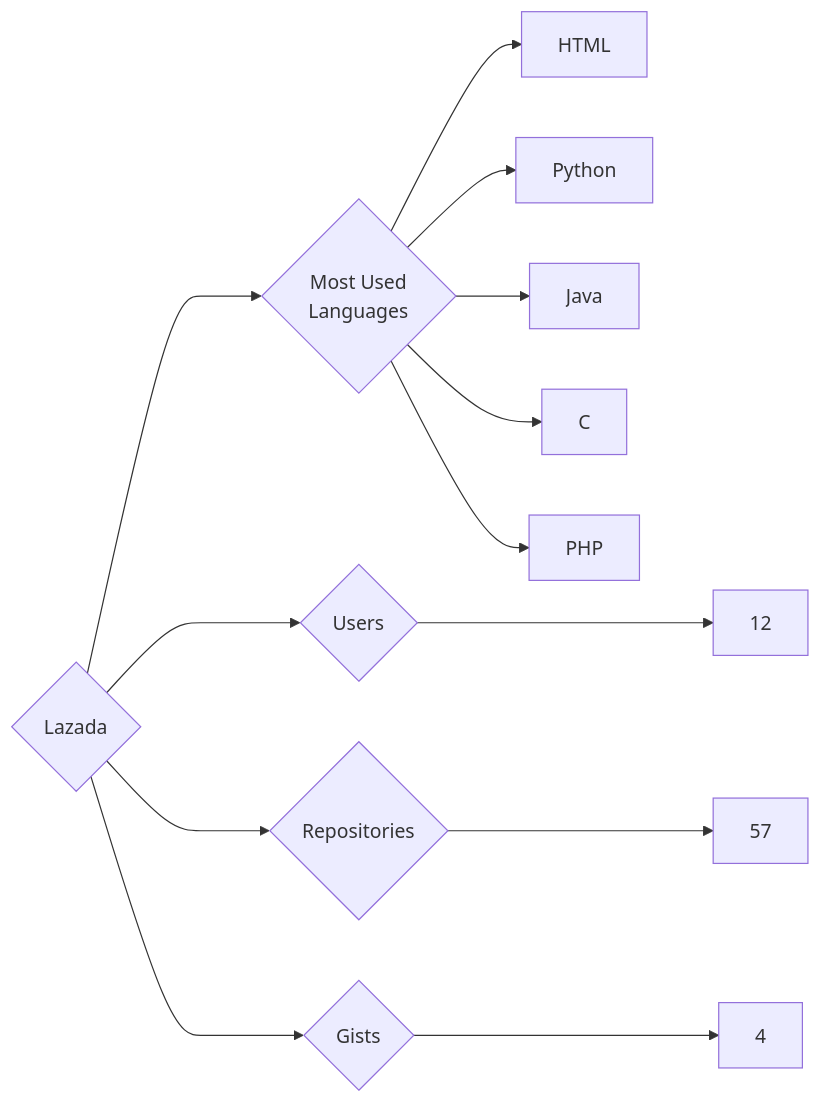
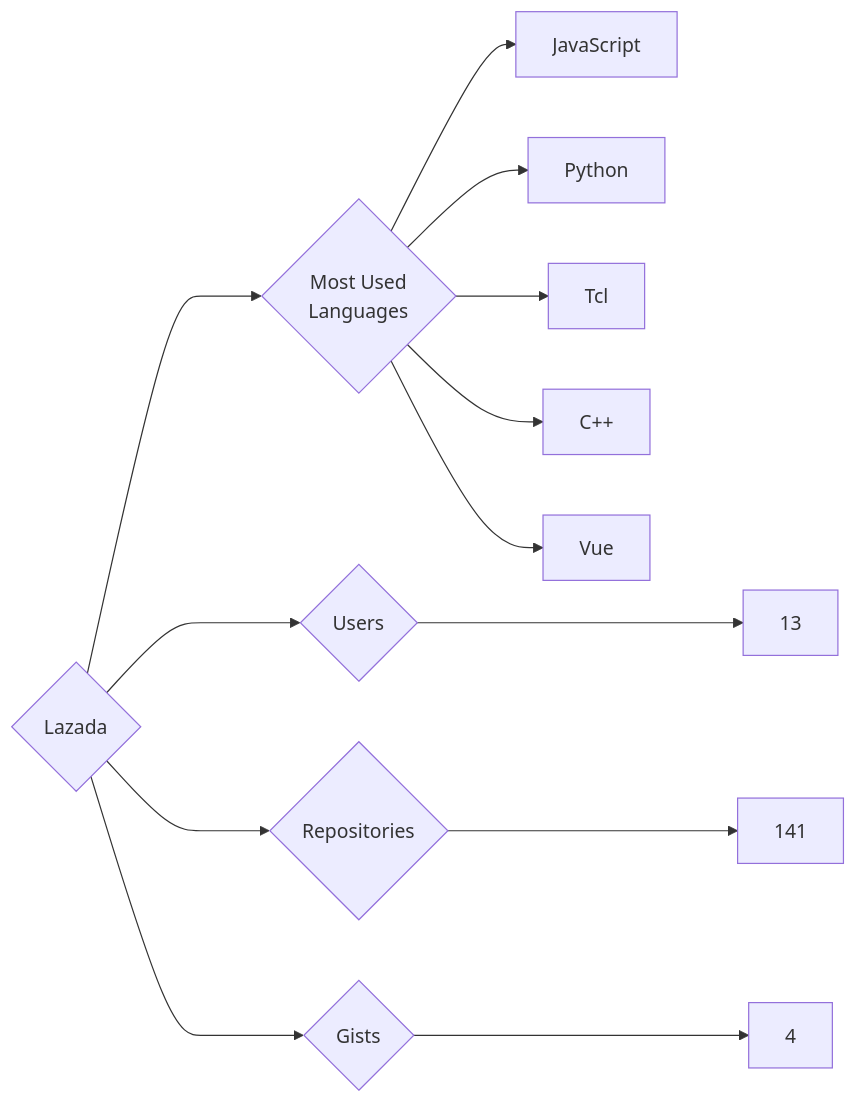
The diagram in targets/Lazada/README.md (trickest/insiders), drawn with Mermaid before and after one commit. The commit also changed 757 other files, not shown here.

````diff
--- a/targets/Lazada/README.md
+++ b/targets/Lazada/README.md
@@ -3,13 +3,13 @@
 ```mermaid
 graph LR
 COMPANY_NAME{Lazada}
-COMPANY_NAME ---> U{Users} ---> UN[12]
-COMPANY_NAME ---> R{Repositories} ---> RN[57]
+COMPANY_NAME ---> U{Users} ---> UN[13]
+COMPANY_NAME ---> R{Repositories} ---> RN[141]
 COMPANY_NAME ---> G{Gists} ---> GN[4]
 COMPANY_NAME ---> ML{Most Used<br>Languages}
-ML --> HTML[HTML]
+ML --> JavaScript[JavaScript]
 ML --> Python[Python]
-ML --> Java[Java]
-ML --> C[C]
-ML --> PHP[PHP]
+ML --> Tcl[Tcl]
+ML --> C++[C++]
+ML --> Vue[Vue]
 ```
````
